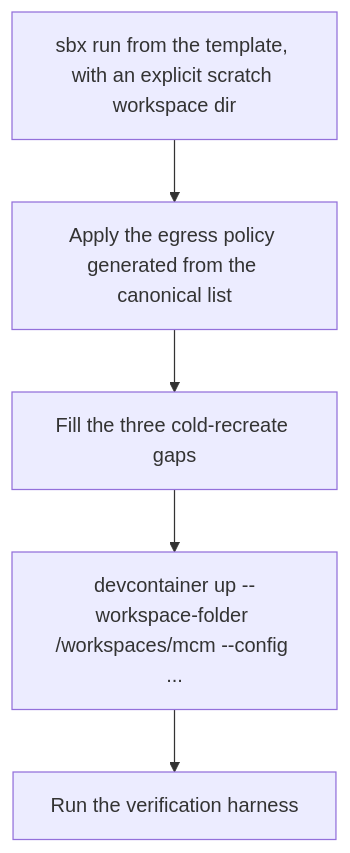
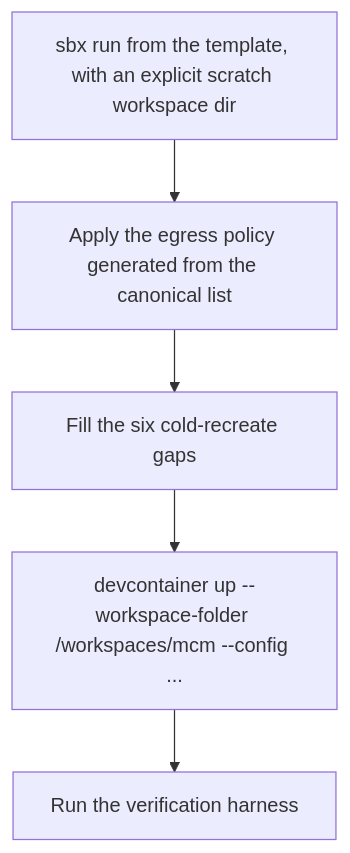
The first of 3 diagrams in openwiki/runbooks/devcontainer-sandbox-lifecycle.md (jumbleknot/MovieCollectionManager), drawn with Mermaid before and after one commit. The commit also changed other lines of this file and 15 other files, not shown here.

````diff
--- a/openwiki/runbooks/devcontainer-sandbox-lifecycle.md
+++ b/openwiki/runbooks/devcontainer-sandbox-lifecycle.md
@@ -54,7 +54,7 @@
 ```mermaid
 flowchart TD
   A["sbx run from the template, with an explicit scratch workspace dir"] --> B["Apply the egress policy generated from the canonical list"]
-  B --> C["Fill the three cold-recreate gaps"]
+  B --> C["Fill the six cold-recreate gaps"]
   C --> D["devcontainer up --workspace-folder /workspaces/mcm --config ..."]
   D --> E["Run the verification harness"]
 ```
````
